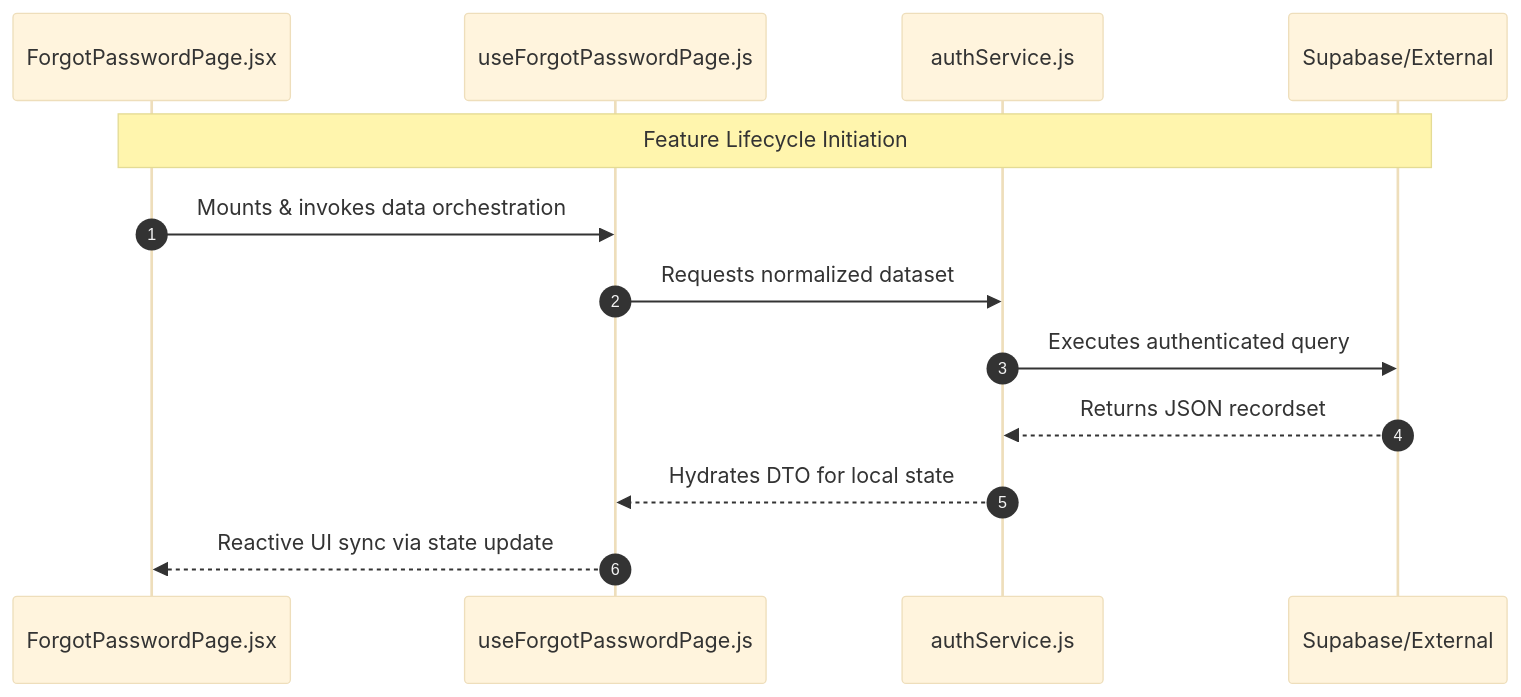
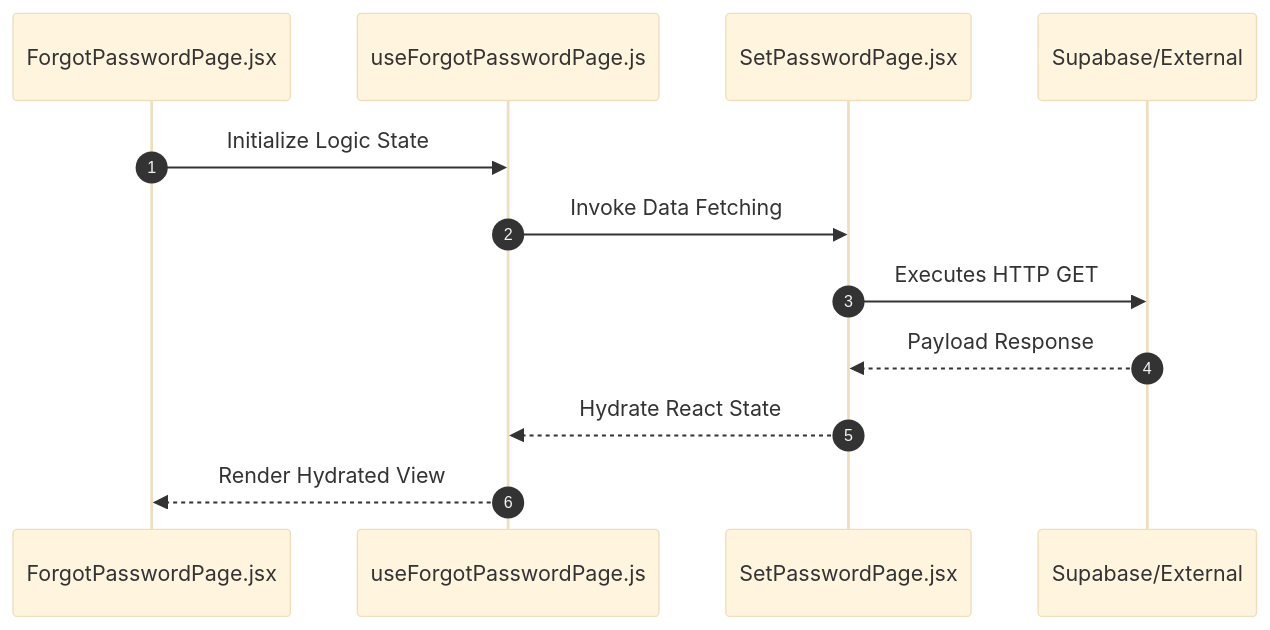
One commit to nexowebai/nexo-superadmin changed the second of 2 diagrams in src/features/auth/README.md. Above: the diagram before and after it, drawn with Mermaid (base theme). The commit also changed other lines of this file and 15 other files, not shown here.

````diff
--- a/src/features/auth/README.md
+++ b/src/features/auth/README.md
@@ -16,16 +50,15 @@
 ```mermaid
 sequenceDiagram
-    autonumber
+autonumber
     participant P as ForgotPasswordPage.jsx
     participant H as useForgotPasswordPage.js
-    participant S as authService.js
+    participant S as SetPasswordPage.jsx
     participant API as Supabase/External
 
-    Note over P,API: Feature Lifecycle Initiation
-    P->>H: Mounts & invokes data orchestration
-    H->>S: Requests normalized dataset
-    S->>API: Executes authenticated query
-    API-->>S: Returns JSON recordset
-    S-->>H: Hydrates DTO for local state
-    H-->>P: Reactive UI sync via state update
+    P->>H: Initialize Logic State
+    H->>S: Invoke Data Fetching
+    S->>API: Executes HTTP GET
+    API-->>S: Payload Response
+    S-->>H: Hydrate React State
+    H-->>P: Render Hydrated View
 ```
````
